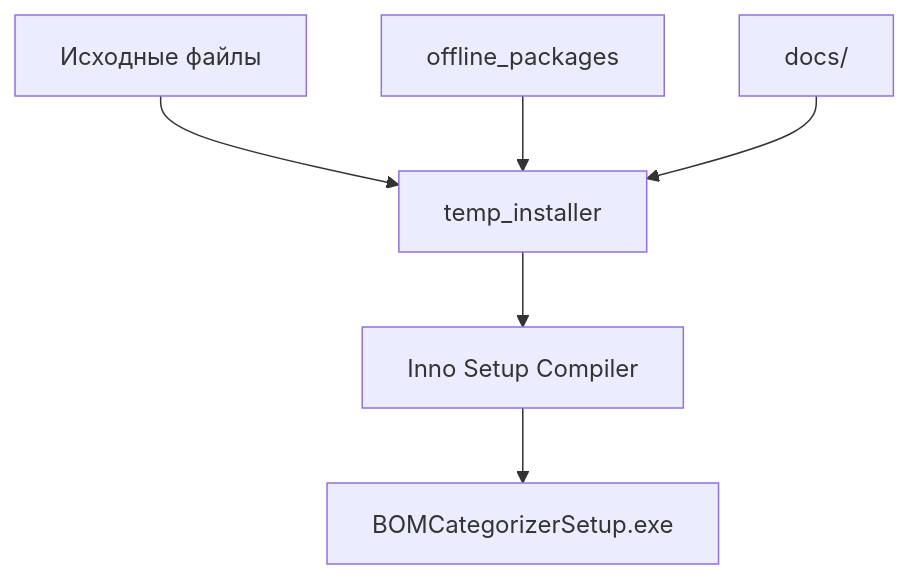
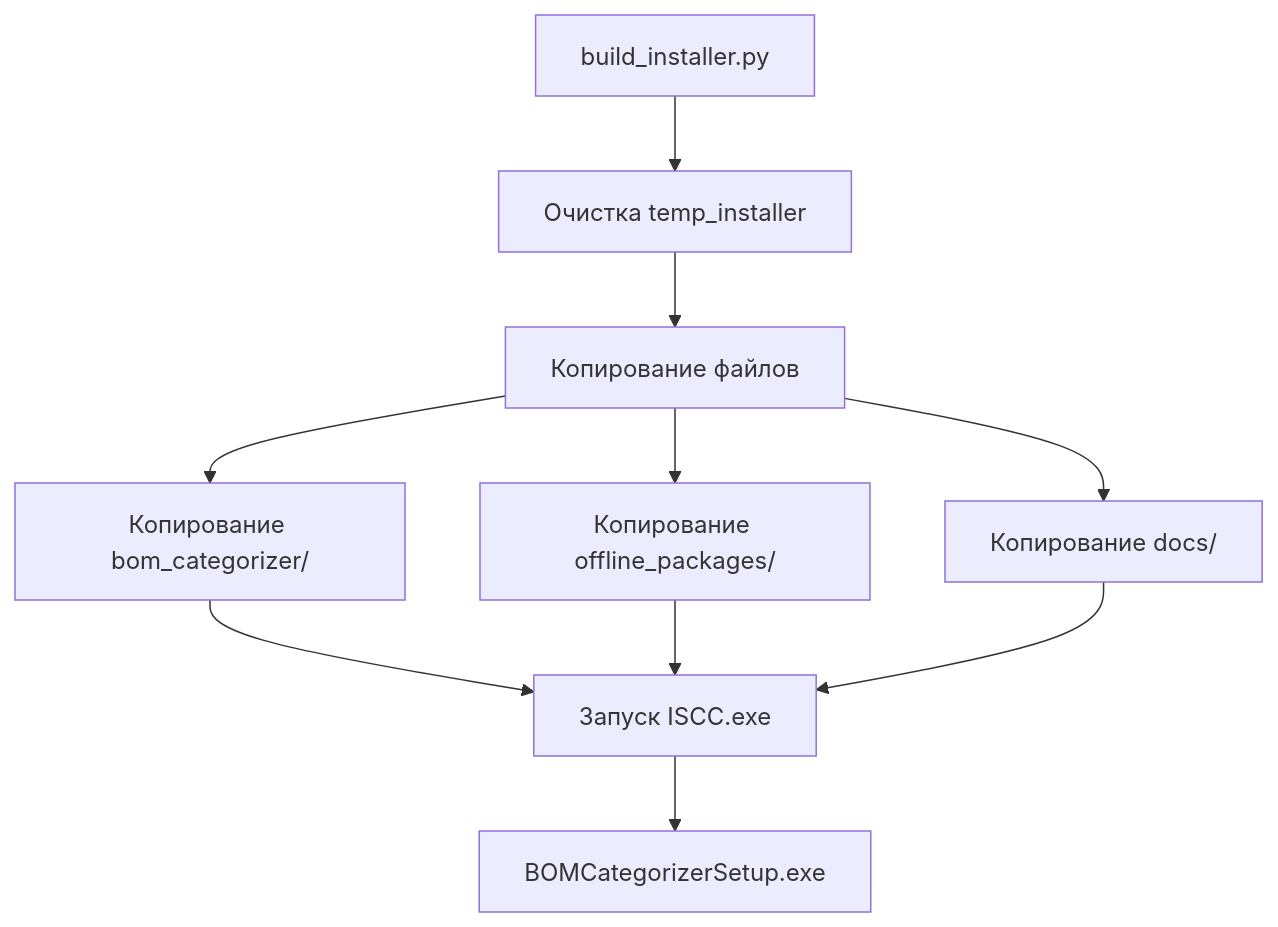
Before and after one commit to kureinmaxim/BOMCategorizer: the diagram in docs/PROJECT_STRUCTURE.md, drawn with Mermaid. The commit also changed other lines of this file and 111 other files, not shown here.

````diff
--- a/docs/PROJECT_STRUCTURE.md
+++ b/docs/PROJECT_STRUCTURE.md
@@ -94,9 +118,12 @@
 ```mermaid
 graph TD
-    A[Исходные файлы] --> B[temp_installer]
-    B --> C[Inno Setup Compiler]
-    C --> D[BOMCategorizerSetup.exe]
-    
-    E[offline_packages] --> B
-    F[docs/] --> B
+    A[build_installer.py] --> B[Очистка temp_installer]
+    B --> C[Копирование файлов]
+    C --> D[Копирование bom_categorizer/]
+    C --> E[Копирование offline_packages/]
+    C --> F[Копирование docs/]
+    D --> G[Запуск ISCC.exe]
+    E --> G
+    F --> G
+    G --> H[BOMCategorizerSetup.exe]
 ```
````
